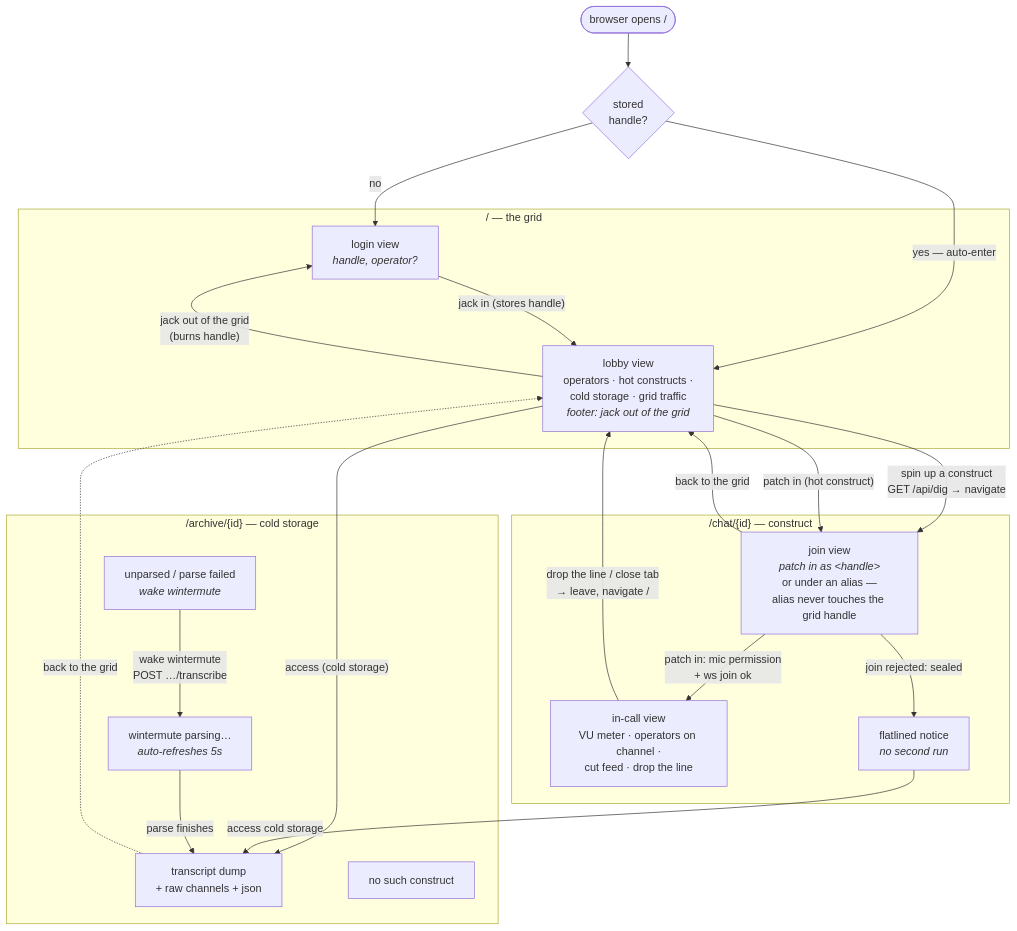
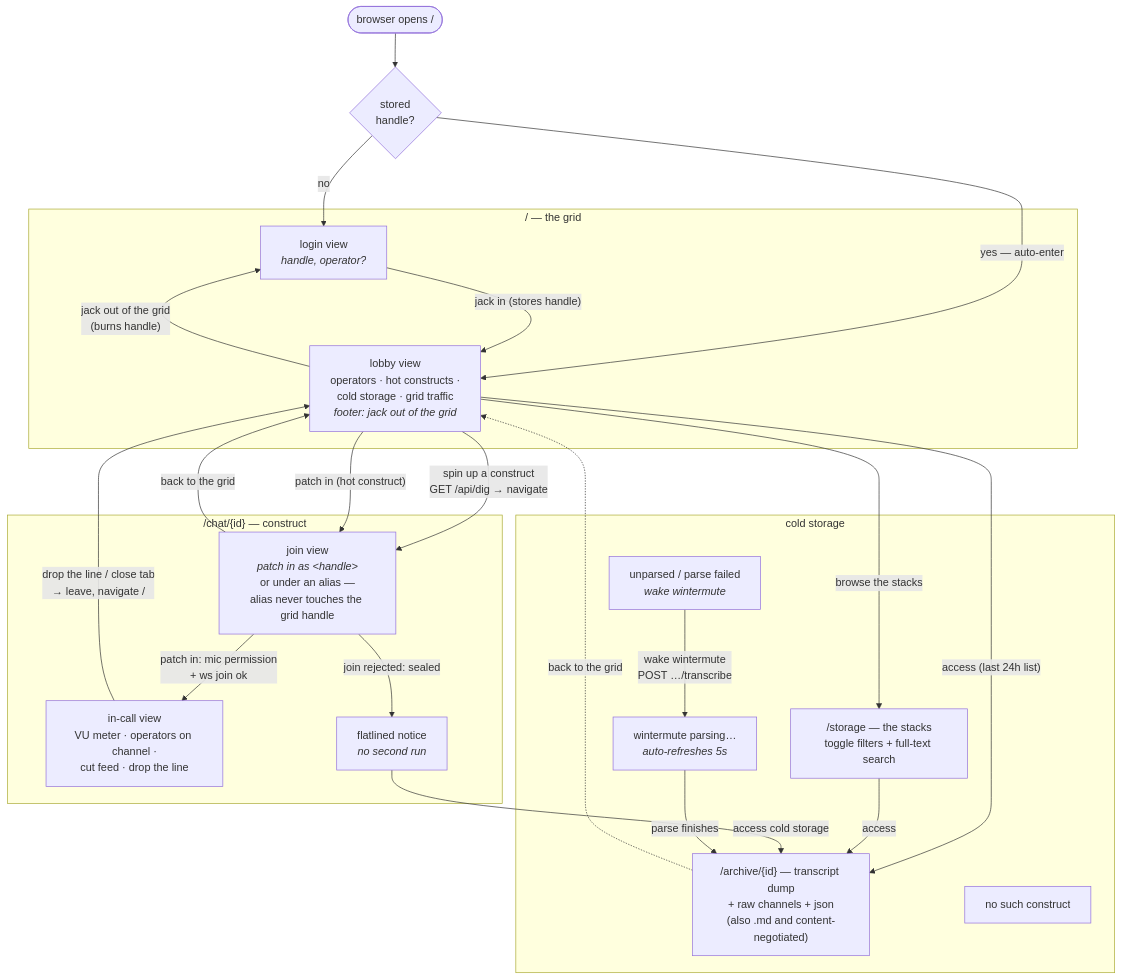
One commit to toppk/overheard changed the first of 3 diagrams in docs/flows.md. Above: the diagram before and after it, drawn with Mermaid. The commit also changed 4 other files, not shown here.

First line of the commit message:
Docs sweep: bring README, SECURITY, flows, site, and QA log current

````diff
--- a/docs/flows.md
+++ b/docs/flows.md
@@ -9,40 +9,43 @@
 ```mermaid
 flowchart TD
   subgraph GRID ["/  — the grid"]
     LOGIN["login view<br/><i>handle, operator?</i>"]
     LOBBY["lobby view<br/>operators · hot constructs ·<br/>cold storage · grid traffic<br/><i>footer: jack out of the grid</i>"]
   end
 
   subgraph CHAT ["/chat/{id}  — construct"]
     JOIN["join view<br/><i>patch in as &lt;handle&gt;</i><br/>or under an alias —<br/>alias never touches the grid handle"]
     CALL["in-call view<br/>VU meter · operators on channel ·<br/>cut feed · drop the line"]
     SEALEDNOTE["flatlined notice<br/><i>no second run</i>"]
   end
 
-  subgraph ARCH ["/archive/{id}  — cold storage"]
-    PARSED["transcript dump<br/>+ raw channels + json"]
+  subgraph ARCH ["cold storage"]
+    STACKS["/storage — the stacks<br/>toggle filters + full-text search"]
+    PARSED["/archive/{id} — transcript dump<br/>+ raw channels + json<br/>(also .md and content-negotiated)"]
     PARSING["wintermute parsing…<br/><i>auto-refreshes 5s</i>"]
     UNPARSED["unparsed / parse failed<br/><i>wake wintermute</i>"]
     NOTFOUND["no such construct"]
   end
 
   ENTRY(["browser opens /"]) --> HANDLE{"stored<br/>handle?"}
   HANDLE -- "yes — auto-enter" --> LOBBY
   HANDLE -- "no" --> LOGIN
   LOGIN -- "jack in (stores handle)" --> LOBBY
   LOBBY -- "jack out of the grid<br/>(burns handle)" --> LOGIN
 
   LOBBY -- "spin up a construct<br/>GET /api/dig → navigate" --> JOIN
   LOBBY -- "patch in (hot construct)" --> JOIN
-  LOBBY -- "access (cold storage)" --> PARSED
+  LOBBY -- "access (last 24h list)" --> PARSED
+  LOBBY -- "browse the stacks" --> STACKS
+  STACKS -- "access" --> PARSED
 
   JOIN -- "patch in: mic permission<br/>+ ws join ok" --> CALL
   JOIN -- "join rejected: sealed" --> SEALEDNOTE
   SEALEDNOTE -- "access cold storage" --> PARSED
   CALL -- "drop the line / close tab<br/>→ leave, navigate /" --> LOBBY
   JOIN -- "back to the grid" --> LOBBY
 
   PARSED -.->|"back to the grid"| LOBBY
   PARSING -- "parse finishes" --> PARSED
   UNPARSED -- "wake wintermute<br/>POST …/transcribe" --> PARSING
 ```
````
